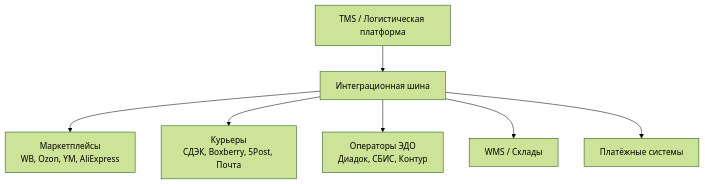
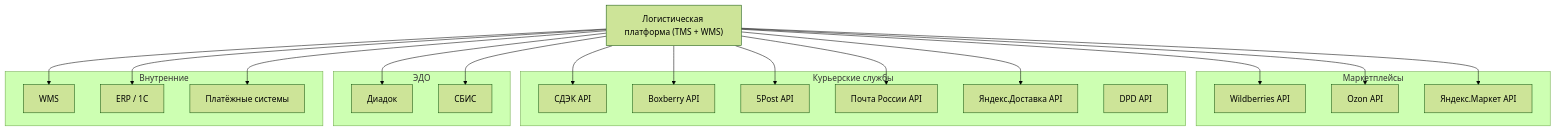
Before and after one commit to sergeyodnoval-bot/sysanalyst-kb.github.io: the first of 3 diagrams in docs/specialization/logistics-integrations.md, drawn with Mermaid (forest theme). The commit also changed other lines of this file and 13 other files, not shown here.

````diff
--- a/docs/specialization/logistics-integrations.md
+++ b/docs/specialization/logistics-integrations.md
@@ -22,9 +31,44 @@
 ```mermaid
 flowchart TD
-    TMS["TMS / Логистическая платформа"] --> GW["Интеграционная шина"]
-    GW --> MP["Маркетплейсы<br/>WB, Ozon, YM, AliExpress"]
-    GW --> COURIER["Курьеры<br/>СДЭК, Boxberry, 5Post, Почта"]
-    GW --> EDO["Операторы ЭДО<br/>Диадок, СБИС, Контур"]
-    GW --> WMS["WMS / Склады"]
-    GW --> PAY["Платёжные системы"]
+    LOG["Логистическая платформа (TMS + WMS)"]
+    
+    subgraph Marketplace["Маркетплейсы"]
+        WB["Wildberries API"]
+        OZON["Ozon API"]
+        YM["Яндекс.Маркет API"]
+    end
+    
+    subgraph Couriers["Курьерские службы"]
+        CDEK["СДЭК API"]
+        BOX["Boxberry API"]
+        FIVEP["5Post API"]
+        RUSPOST["Почта России API"]
+        YDEL["Яндекс.Доставка API"]
+        DPD["DPD API"]
+    end
+    
+    subgraph EDO["ЭДО"]
+        DIADOK["Диадок"]
+        SBIS["СБИС"]
+    end
+    
+    subgraph Internal["Внутренние"]
+        WMS_EXT["WMS"]
+        ERP["ERP / 1С"]
+        PAY["Платёжные системы"]
+    end
+    
+    LOG --> WB
+    LOG --> OZON
+    LOG --> YM
+    LOG --> CDEK
+    LOG --> BOX
+    LOG --> FIVEP
+    LOG --> RUSPOST
+    LOG --> YDEL
+    LOG --> DIADOK
+    LOG --> SBIS
+    LOG --> WMS_EXT
+    LOG --> ERP
+    LOG --> PAY
 ```
````
